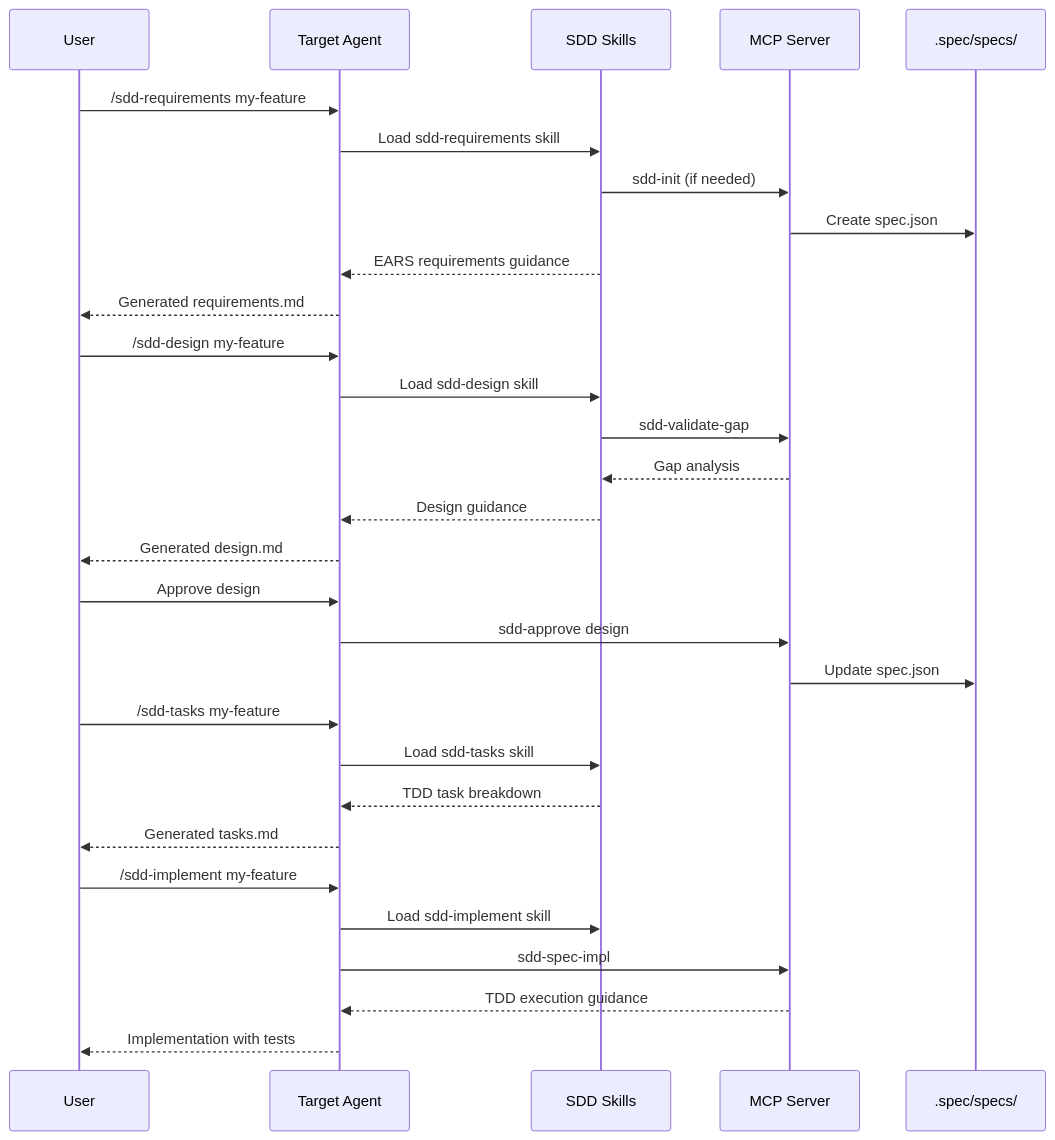
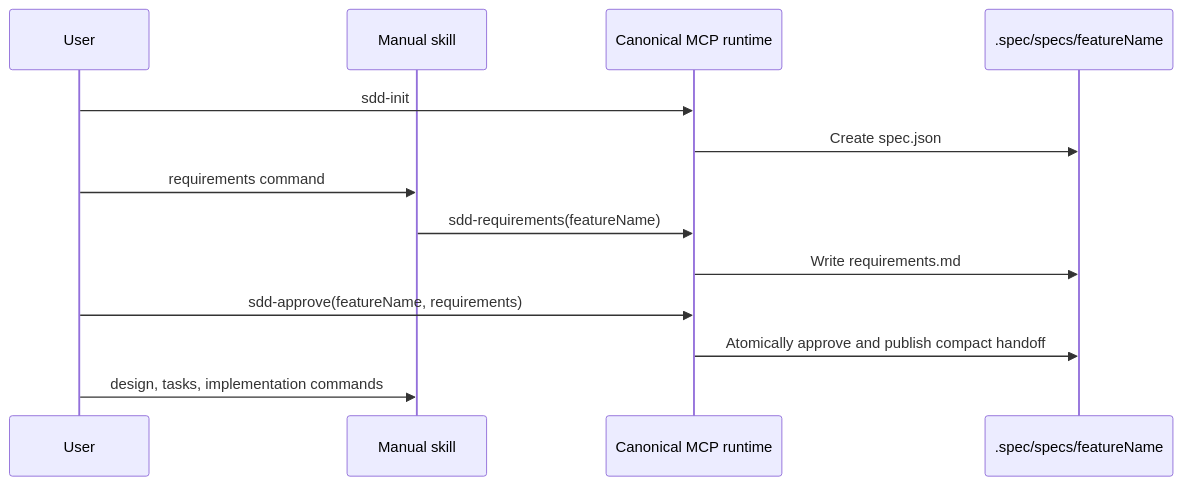
The first of 3 diagrams in docs/WORKFLOW.md (yi-john-huang/sdd-mcp), drawn with Mermaid before and after one commit. The commit also changed other lines of this file and 103 other files, not shown here.

````diff
--- a/docs/WORKFLOW.md
+++ b/docs/WORKFLOW.md
@@ -64,37 +16,15 @@
 ```mermaid
 sequenceDiagram
     participant User
-    participant Agent as Target Agent
-    participant Skill as SDD Skills
-    participant MCP as MCP Server
-    participant Spec as .spec/specs/
-
-    User->>Agent: /sdd-requirements my-feature
-    Agent->>Skill: Load sdd-requirements skill
-    Skill->>MCP: sdd-init (if needed)
-    MCP->>Spec: Create spec.json
-    Skill-->>Agent: EARS requirements guidance
-    Agent-->>User: Generated requirements.md
-
-    User->>Agent: /sdd-design my-feature
-    Agent->>Skill: Load sdd-design skill
-    Skill->>MCP: sdd-validate-gap
-    MCP-->>Skill: Gap analysis
-    Skill-->>Agent: Design guidance
-    Agent-->>User: Generated design.md
-
-    User->>Agent: Approve design
-    Agent->>MCP: sdd-approve design
-    MCP->>Spec: Update spec.json
-
-    User->>Agent: /sdd-tasks my-feature
-    Agent->>Skill: Load sdd-tasks skill
-    Skill-->>Agent: TDD task breakdown
-    Agent-->>User: Generated tasks.md
-
-    User->>Agent: /sdd-implement my-feature
-    Agent->>Skill: Load sdd-implement skill
-    Agent->>MCP: sdd-spec-impl
-    MCP-->>Agent: TDD execution guidance
-    Agent-->>User: Implementation with tests
+    participant Skill as Manual skill
+    participant MCP as Canonical MCP runtime
+    participant Disk as .spec/specs/featureName
+    User->>MCP: sdd-init
+    MCP->>Disk: Create spec.json
+    User->>Skill: requirements command
+    Skill->>MCP: sdd-requirements(featureName)
+    MCP->>Disk: Write requirements.md
+    User->>MCP: sdd-approve(featureName, requirements)
+    MCP->>Disk: Atomically approve and publish compact handoff
+    User->>Skill: design, tasks, implementation commands
 ```
````
